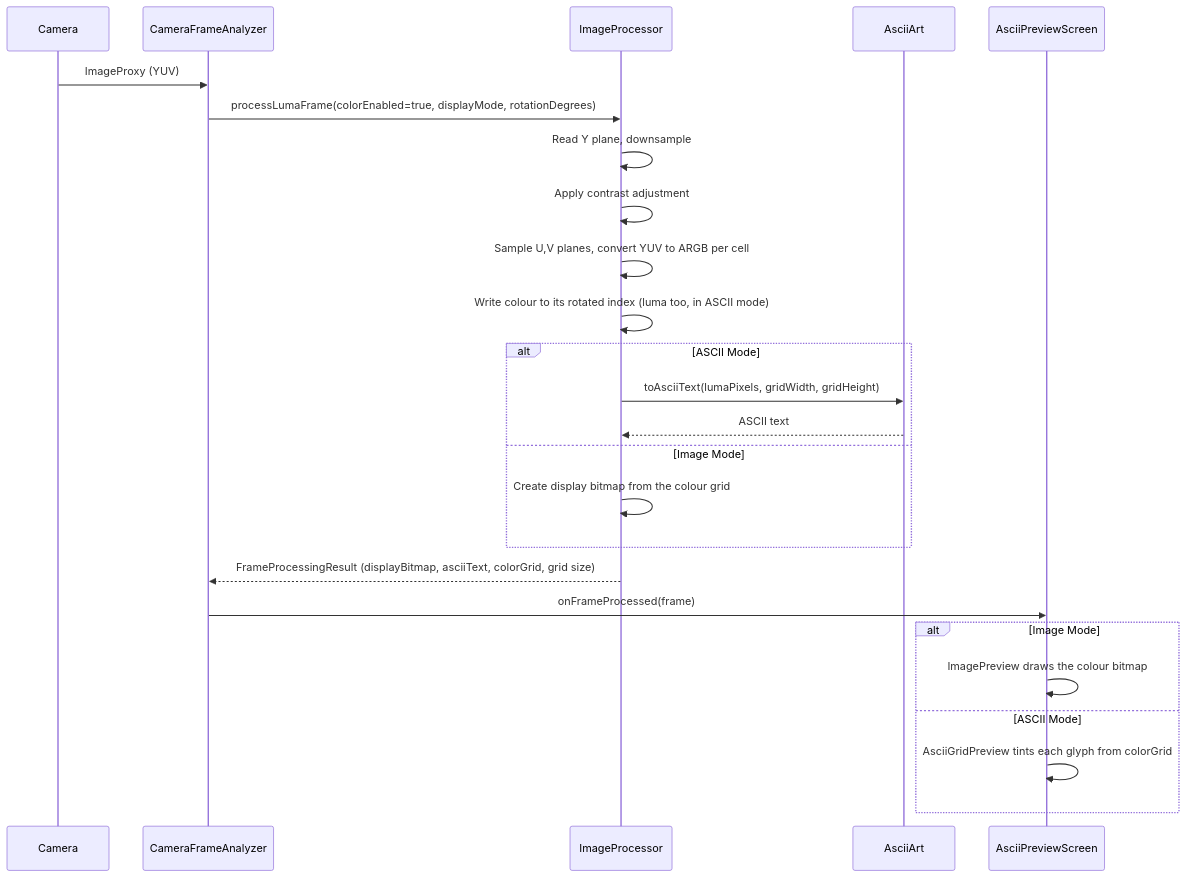
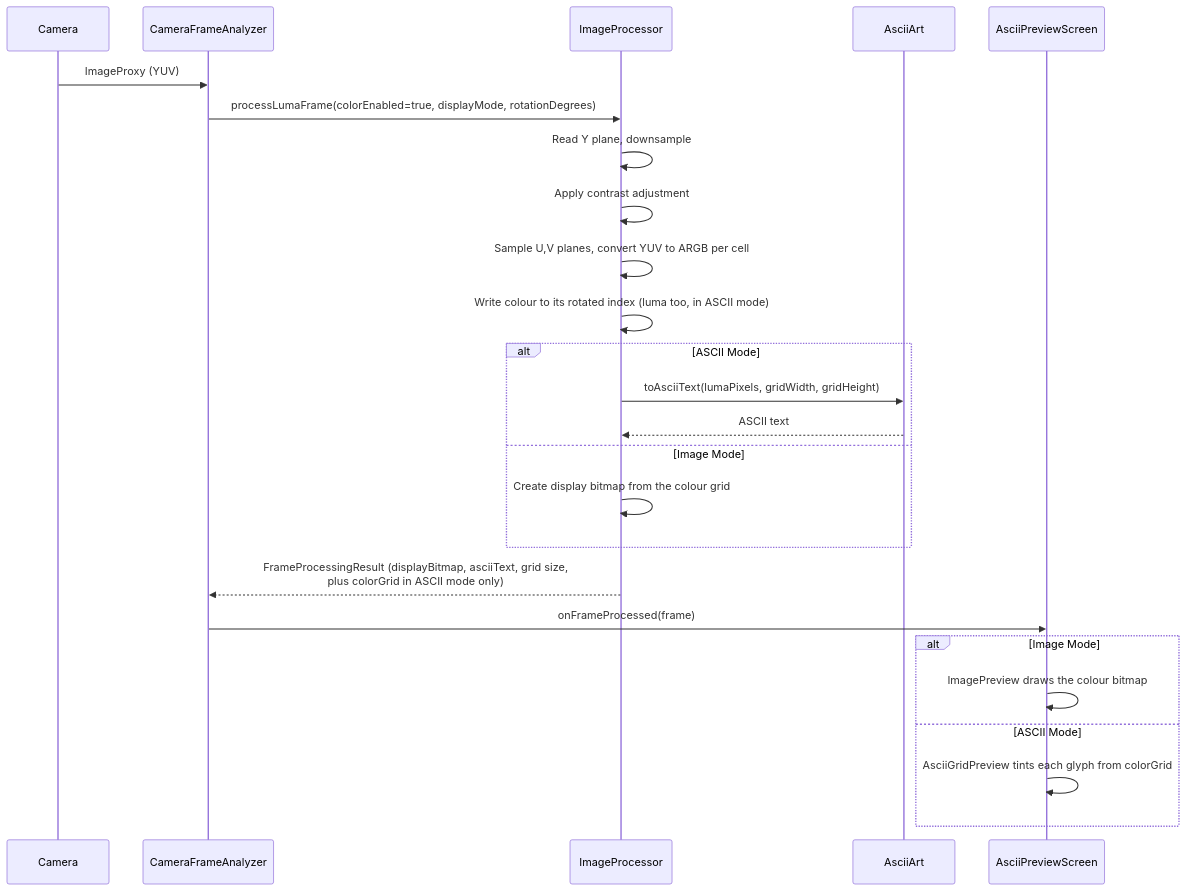
The diagram in docs/sequence-colour.mmd (replicant1/AsciiArt), drawn with Mermaid before and after one commit. The commit also changed 6 other files, not shown here.

First line of the commit message:
Correct three claims the sequence diagrams got wrong

```diff
--- a/docs/sequence-colour.mmd
+++ b/docs/sequence-colour.mmd
@@ -1,26 +1,26 @@
 sequenceDiagram
     participant Camera
     participant CFA as CameraFrameAnalyzer
     participant IP as ImageProcessor
     participant AA as AsciiArt
     participant UI as AsciiPreviewScreen
 
     Camera->>CFA: ImageProxy (YUV)
     CFA->>IP: processLumaFrame(colorEnabled=true, displayMode, rotationDegrees)
     IP->>IP: Read Y plane, downsample
     IP->>IP: Apply contrast adjustment
     IP->>IP: Sample U,V planes, convert YUV to ARGB per cell
     IP->>IP: Write colour to its rotated index (luma too, in ASCII mode)
     alt ASCII Mode
         IP->>AA: toAsciiText(lumaPixels, gridWidth, gridHeight)
         AA-->>IP: ASCII text
     else Image Mode
         IP->>IP: Create display bitmap from the colour grid
     end
-    IP-->>CFA: FrameProcessingResult (displayBitmap, asciiText, colorGrid, grid size)
+    IP-->>CFA: FrameProcessingResult (displayBitmap, asciiText, grid size,<br/>plus colorGrid in ASCII mode only)
     CFA->>UI: onFrameProcessed(frame)
     alt Image Mode
         UI->>UI: ImagePreview draws the colour bitmap
     else ASCII Mode
         UI->>UI: AsciiGridPreview tints each glyph from colorGrid
     end
```
